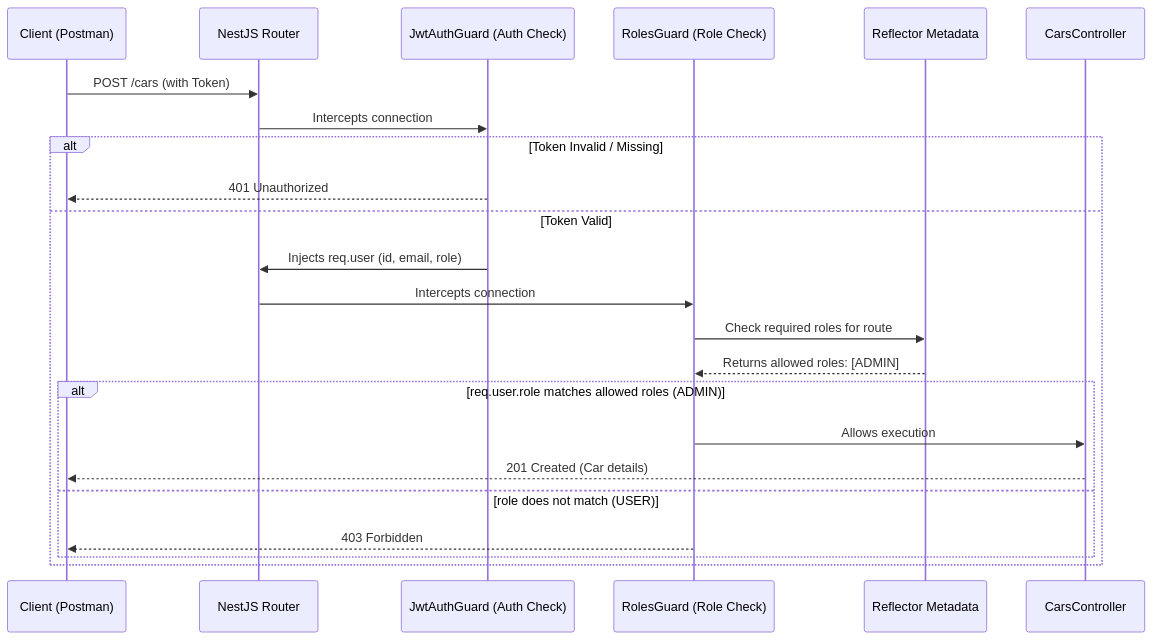
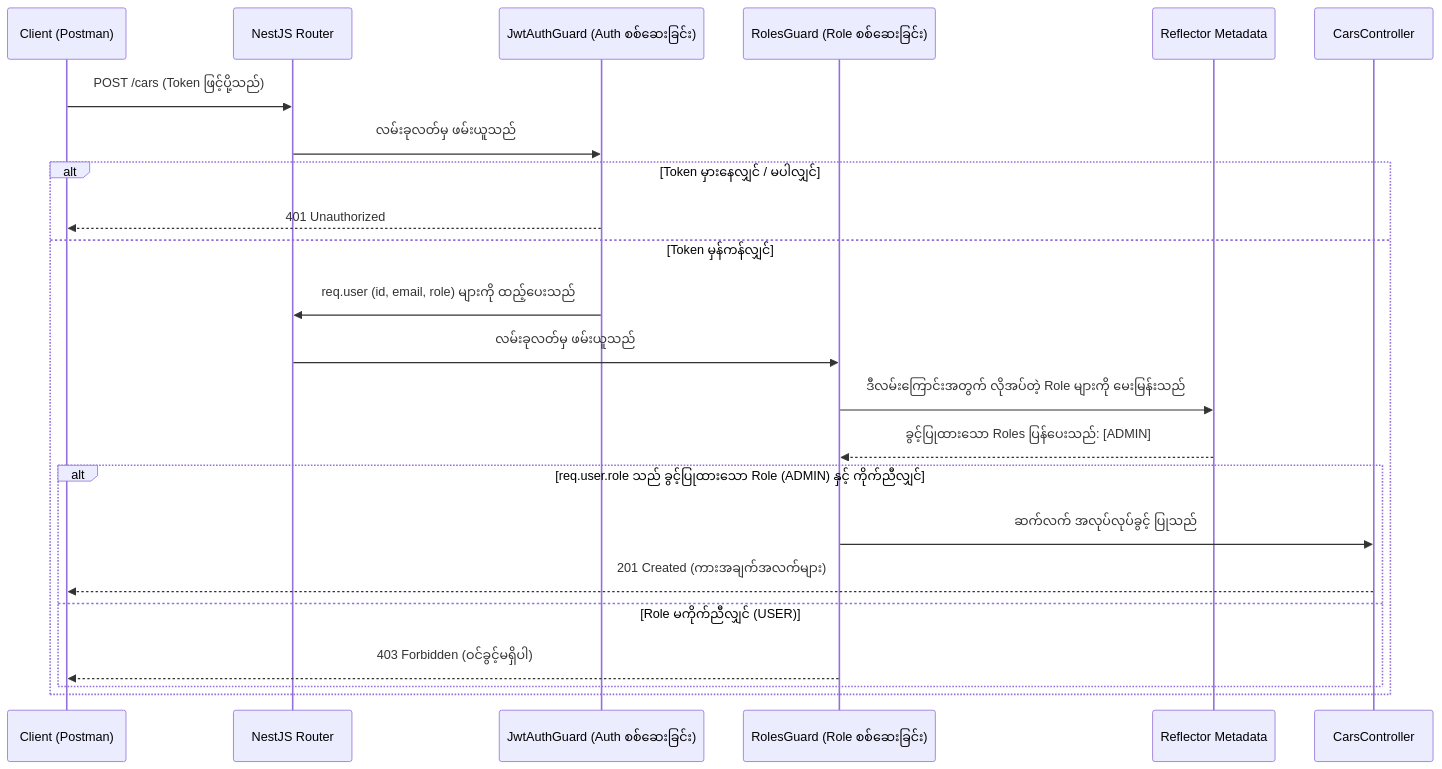
The first of 2 diagrams in system-docs/day-07-complete-guide.md (ayechanaungdev/full-stack-development), drawn with Mermaid before and after one commit. The commit also changed other lines of this file and 13 other files, not shown here.

````diff
--- a/system-docs/day-07-complete-guide.md
+++ b/system-docs/day-07-complete-guide.md
@@ -17,26 +17,26 @@
 ```mermaid
 sequenceDiagram
     participant Client as Client (Postman)
     participant Nest as NestJS Router
-    participant Jwt as JwtAuthGuard (Auth Check)
-    participant Roles as RolesGuard (Role Check)
+    participant Jwt as JwtAuthGuard (Auth စစ်ဆေးခြင်း)
+    participant Roles as RolesGuard (Role စစ်ဆေးခြင်း)
     participant Reflector as Reflector Metadata
     participant Controller as CarsController
 
-    Client->>Nest: POST /cars (with Token)
-    Nest->>Jwt: Intercepts connection
-    alt Token Invalid / Missing
+    Client->>Nest: POST /cars (Token ဖြင့်ပို့သည်)
+    Nest->>Jwt: လမ်းခုလတ်မှ ဖမ်းယူသည်
+    alt Token မှားနေလျှင် / မပါလျှင်
         Jwt-->>Client: 401 Unauthorized
-    else Token Valid
-        Jwt->>Nest: Injects req.user (id, email, role)
-        Nest->>Roles: Intercepts connection
-        Roles->>Reflector: Check required roles for route
-        Reflector-->>Roles: Returns allowed roles: [ADMIN]
-        alt req.user.role matches allowed roles (ADMIN)
-            Roles->>Controller: Allows execution
-            Controller-->>Client: 201 Created (Car details)
-        else role does not match (USER)
-            Roles-->>Client: 403 Forbidden
+    else Token မှန်ကန်လျှင်
+        Jwt->>Nest: req.user (id, email, role) များကို ထည့်ပေးသည်
+        Nest->>Roles: လမ်းခုလတ်မှ ဖမ်းယူသည်
+        Roles->>Reflector: ဒီလမ်းကြောင်းအတွက် လိုအပ်တဲ့ Role များကို မေးမြန်းသည်
+        Reflector-->>Roles: ခွင့်ပြုထားသော Roles ပြန်ပေးသည်: [ADMIN]
+        alt req.user.role သည် ခွင့်ပြုထားသော Role (ADMIN) နှင့် ကိုက်ညီလျှင်
+            Roles->>Controller: ဆက်လက် အလုပ်လုပ်ခွင့် ပြုသည်
+            Controller-->>Client: 201 Created (ကားအချက်အလက်များ)
+        else Role မကိုက်ညီလျှင် (USER)
+            Roles-->>Client: 403 Forbidden (ဝင်ခွင့်မရှိပါ)
         end
     end
 ```
````
